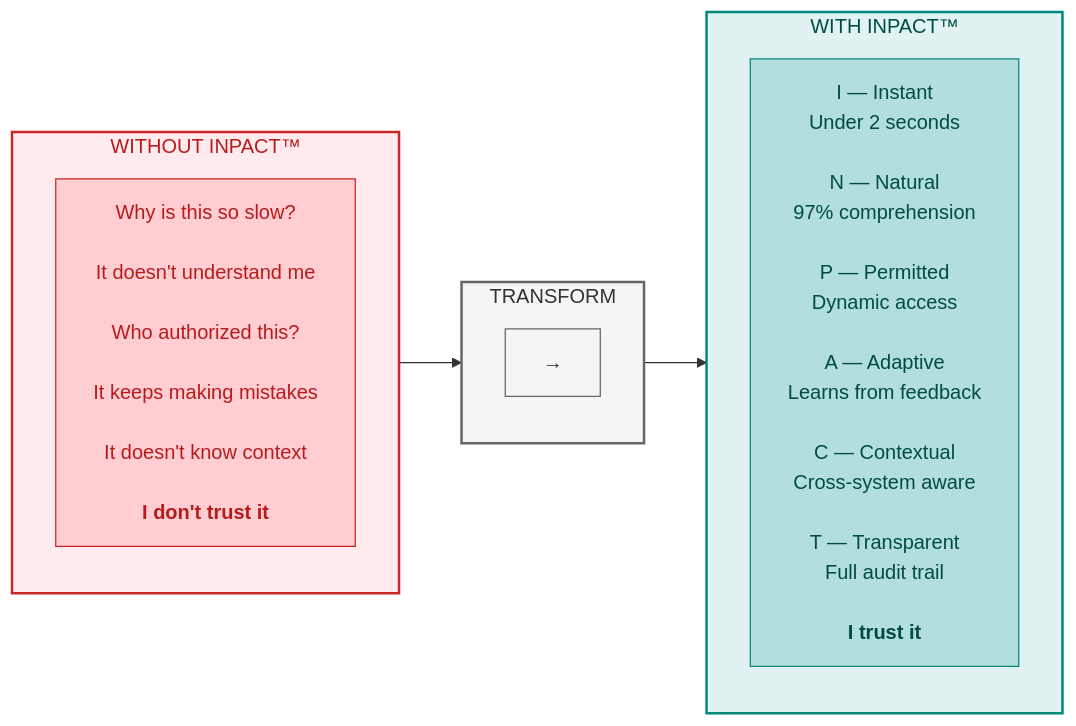
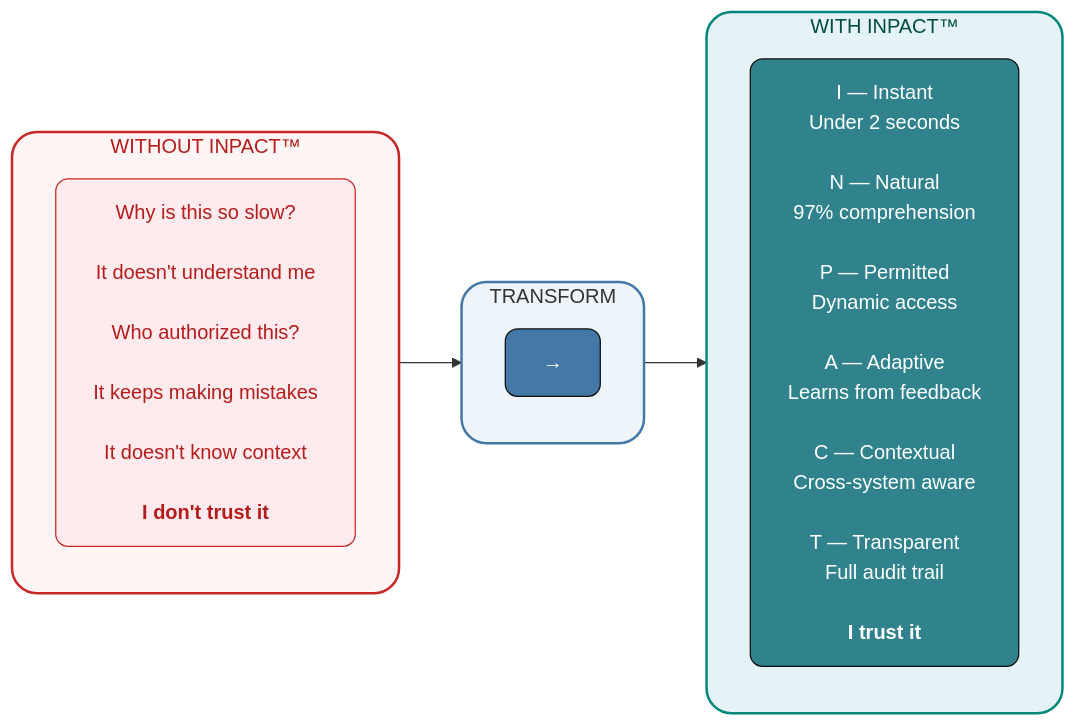
Before and after one commit to saitejesh-cyber/trust-before-intelligence-book: the first of 12 diagrams in manuscript/03_chapter_2_inpact_framework.md, drawn with Mermaid. The commit also changed other lines of this file, not shown here.

Commit message:
Chapter3: Updated mermaid diagrams based on new colaberry color code

````diff
--- a/manuscript/03_chapter_2_inpact_framework.md
+++ b/manuscript/03_chapter_2_inpact_framework.md
@@ -23,29 +23,29 @@
 ```mermaid
 
 graph LR
     subgraph WITHOUT["WITHOUT INPACT™"]
         direction TB
         W1["Why is this so slow?<br/><br/>It doesn't understand me<br/><br/>Who authorized this?<br/><br/>It keeps making mistakes<br/><br/>It doesn't know context<br/><br/><b>I don't trust it</b>"]
     end
     
     subgraph TRANSFORM["TRANSFORM"]
         direction TB
         T1["→"]
     end
     
     subgraph WITH["WITH INPACT™"]
         direction TB
         I1["I — Instant<br/>Under 2 seconds<br/><br/>N — Natural<br/>97% comprehension<br/><br/>P — Permitted<br/>Dynamic access<br/><br/>A — Adaptive<br/>Learns from feedback<br/><br/>C — Contextual<br/>Cross-system aware<br/><br/>T — Transparent<br/>Full audit trail</br></br><b>I trust it</b>"]
     end
     
     WITHOUT --> TRANSFORM --> WITH
     
-    style WITHOUT fill:#ffebee,stroke:#c62828,stroke-width:2px,color:#b71c1c
-    style TRANSFORM fill:#f5f5f5,stroke:#666666,stroke-width:2px,color:#333333
-    style WITH fill:#e0f2f1,stroke:#00897b,stroke-width:2px,color:#004d40
-    style W1 fill:#ffcdd2,stroke:#c62828,color:#b71c1c
-    style T1 fill:#f5f5f5,stroke:#666666,color:#333333
-    style I1 fill:#b2dfdb,stroke:#00897b,color:#004d40
+    style WITHOUT fill:#fff5f5,stroke:#c62828,stroke-width:2px,color:#b71c1c,rx:20,ry:20
+    style W1 fill:#ffebee,stroke:#c62828,stroke-width:1px,color:#b71c1c,rx:10,ry:10
+    style TRANSFORM fill:#edf4fa,stroke:#4478A6,stroke-width:2px,color:#333333,rx:20,ry:20
+    style T1 fill:#4478A6,stroke:#0D0D0D,stroke-width:1px,color:#ffffff,rx:10,ry:10
+    style WITH fill:#e6f3f6,stroke:#00897b,stroke-width:2px,color:#004d40,rx:20,ry:20
+    style I1 fill:#30838C,stroke:#0D0D0D,stroke-width:1px,color:#ffffff,rx:10,ry:10
     
 
 ```
````
